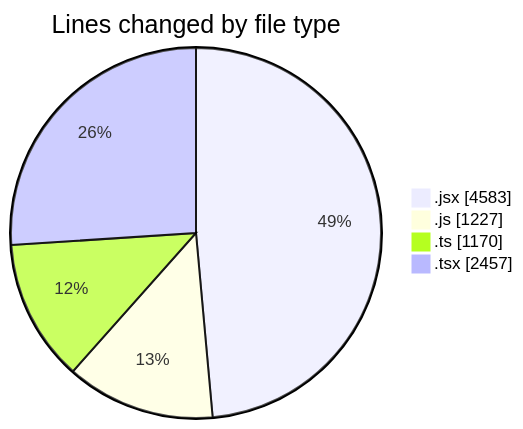
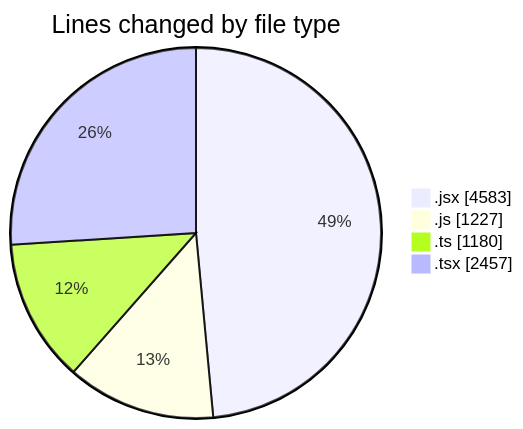
Before and after one commit to nxtqubesakshisongat/code-tracking: the first of 2 diagrams in 2026-01-21/nxtqube_webapp/README.md, drawn with Mermaid. The commit also changed other lines of this file and 1 other file, not shown here.

````diff
--- a/2026-01-21/nxtqube_webapp/README.md
+++ b/2026-01-21/nxtqube_webapp/README.md
@@ -25,8 +25,8 @@
 ```mermaid
 pie showData
 title Lines changed by file type
 ".jsx" : 4583
 ".js" : 1227
-".ts" : 1170
+".ts" : 1180
 ".tsx" : 2457
 ```
````
